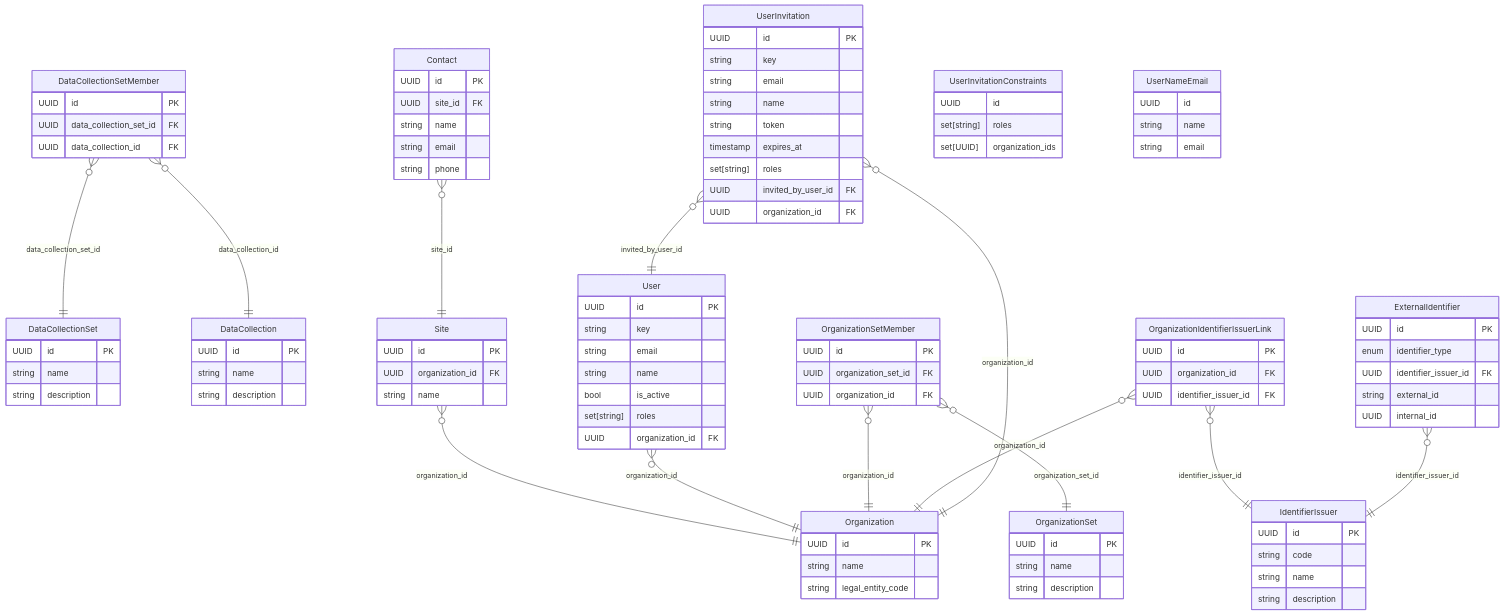
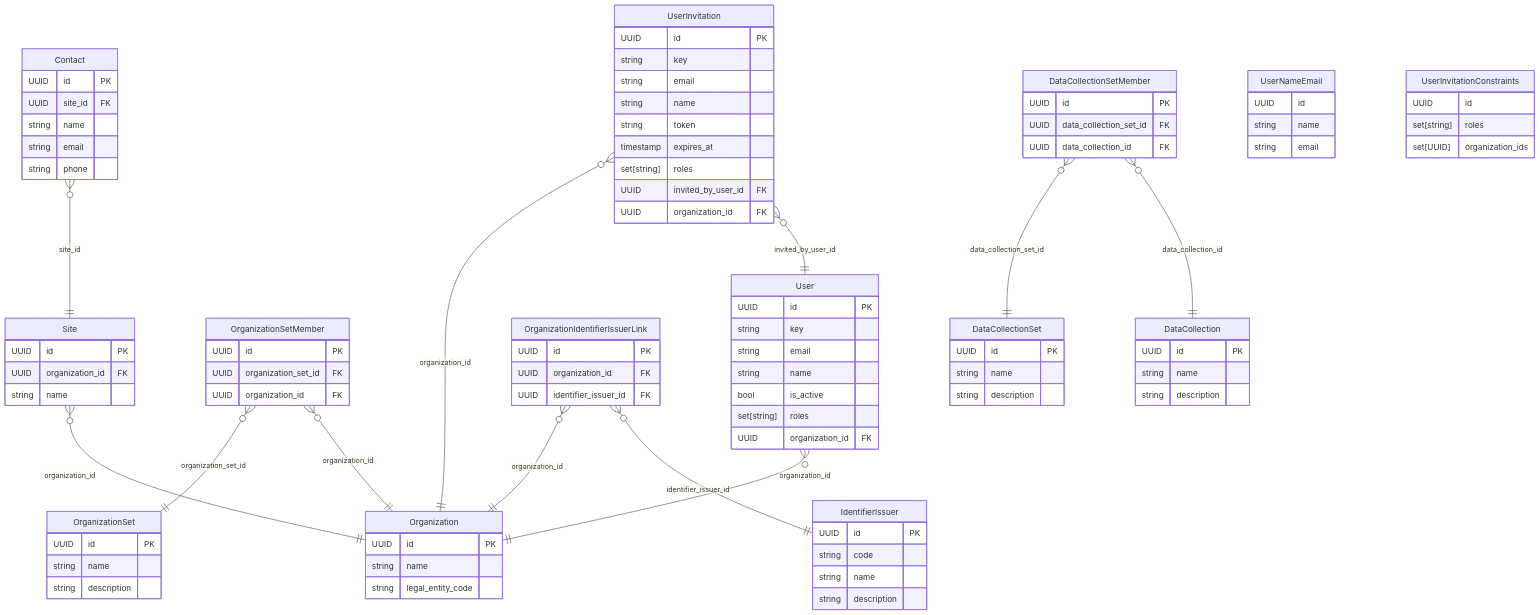
Before and after one commit to RIVM-bioinformatics/gen-epix-api: the diagram in docs/erm/omopdb.organization.detailed.md, drawn with Mermaid. The commit also changed other lines of this file and 196 other files, not shown here.

Commit message:
feat!: ExternalIdentifier re-implemented as a companion entity per relevant entity rather than a single entity with all identifiers

````diff
--- a/docs/erm/omopdb.organization.detailed.md
+++ b/docs/erm/omopdb.organization.detailed.md
@@ -7,45 +7,19 @@
     %% omopdb / ORGANIZATION (detailed)
 
     %% Relationships
-    DataCollectionSetMember }o--|| DataCollectionSet : "data_collection_set_id"
-    DataCollectionSetMember }o--|| DataCollection : "data_collection_id"
-    Site }o--|| Organization : "organization_id"
     User }o--|| Organization : "organization_id"
     OrganizationSetMember }o--|| OrganizationSet : "organization_set_id"
     OrganizationSetMember }o--|| Organization : "organization_id"
+    Site }o--|| Organization : "organization_id"
+    Contact }o--|| Site : "site_id"
     OrganizationIdentifierIssuerLink }o--|| Organization : "organization_id"
     OrganizationIdentifierIssuerLink }o--|| IdentifierIssuer : "identifier_issuer_id"
     UserInvitation }o--|| Organization : "organization_id"
     UserInvitation }o--|| User : "invited_by_user_id"
-    Contact }o--|| Site : "site_id"
-    ExternalIdentifier }o--|| IdentifierIssuer : "identifier_issuer_id"
+    DataCollectionSetMember }o--|| DataCollectionSet : "data_collection_set_id"
+    DataCollectionSetMember }o--|| DataCollection : "data_collection_id"
 
     %% Entity definitions
-    DataCollectionSetMember {
-        UUID id PK
-        UUID data_collection_set_id FK
-        UUID data_collection_id FK
-    }
-
-    Site {
-        UUID id PK
-        UUID organization_id FK
-        string name
-    }
-
-    UserInvitationConstraints {
-        UUID id
-        set[string] roles
-        set[UUID] organization_ids
-    }
-
-    IdentifierIssuer {
-        UUID id PK
-        string code
-        string name
-        string description
-    }
-
     User {
         UUID id PK
         string key
@@ -56,10 +30,48 @@
         UUID organization_id FK
     }
 
+    Organization {
+        UUID id PK
+        string name
+        string legal_entity_code
+    }
+
+    OrganizationSet {
+        UUID id PK
+        string name
+        string description
+    }
+
+    UserNameEmail {
+        UUID id
+        string name
+        string email
+    }
+
     OrganizationSetMember {
         UUID id PK
         UUID organization_set_id FK
         UUID organization_id FK
+    }
+
+    Site {
+        UUID id PK
+        UUID organization_id FK
+        string name
+    }
+
+    DataCollection {
+        UUID id PK
+        string name
+        string description
+    }
+
+    Contact {
+        UUID id PK
+        UUID site_id FK
+        string name
+        string email
+        string phone
     }
 
     OrganizationIdentifierIssuerLink {
@@ -80,50 +92,29 @@
         UUID organization_id FK
     }
 
+    UserInvitationConstraints {
+        UUID id
+        set[string] roles
+        set[UUID] organization_ids
+    }
+
     DataCollectionSet {
         UUID id PK
         string name
         string description
     }
 
-    DataCollection {
+    IdentifierIssuer {
         UUID id PK
+        string code
         string name
         string description
     }
 
-    Organization {
+    DataCollectionSetMember {
         UUID id PK
-        string name
-        string legal_entity_code
-    }
-
-    UserNameEmail {
-        UUID id
-        string name
-        string email
-    }
-
-    OrganizationSet {
-        UUID id PK
-        string name
-        string description
-    }
-
-    Contact {
-        UUID id PK
-        UUID site_id FK
-        string name
-        string email
-        string phone
-    }
-
-    ExternalIdentifier {
-        UUID id PK
-        enum identifier_type
-        UUID identifier_issuer_id FK
-        string external_id
-        UUID internal_id
+        UUID data_collection_set_id FK
+        UUID data_collection_id FK
     }
 
 ```
````
